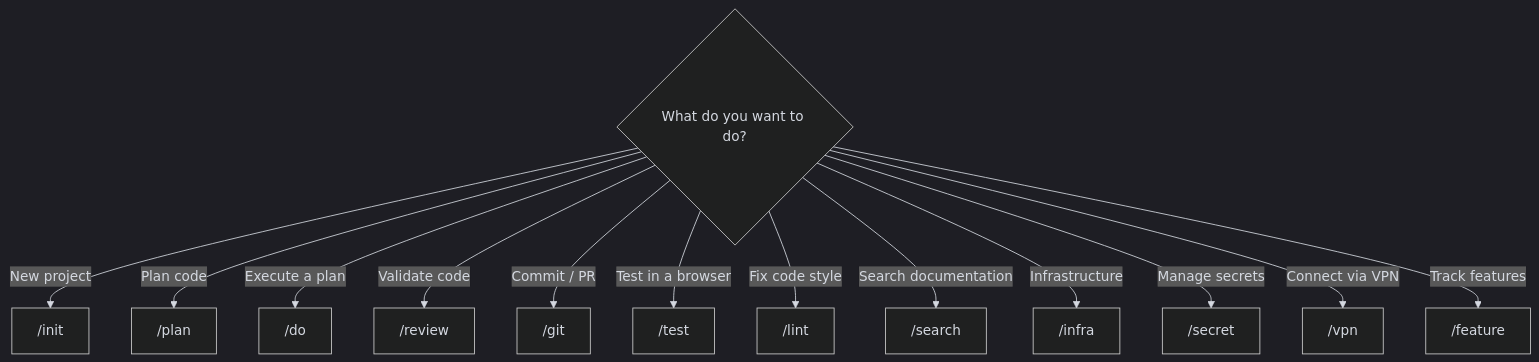
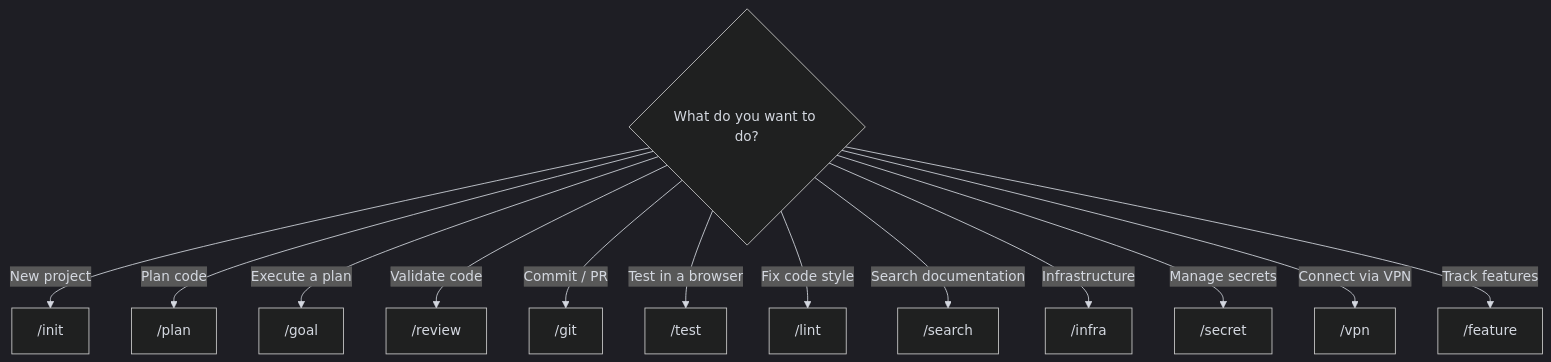
The diagram in docs/commands/README.md (kodflow/devcontainer-template), drawn with Mermaid before and after one commit. The commit also changed other lines of this file and 24 other files, not shown here.

````diff
--- a/docs/commands/README.md
+++ b/docs/commands/README.md
@@ -7,23 +7,23 @@
 ```mermaid
 %%{init: {'theme': 'dark', 'themeVariables': {
   'primaryColor': '#9D76FB1a',
   'primaryBorderColor': '#9D76FB',
   'primaryTextColor': '#d4d8e0',
   'lineColor': '#d4d8e0',
   'textColor': '#d4d8e0'
 }}}%%
 flowchart TD
     Q{What do you want to do?}
     Q -->|New project| A["/init"]
     Q -->|Plan code| B["/plan"]
-    Q -->|Execute a plan| C["/do"]
+    Q -->|Execute a plan| C["/goal"]
     Q -->|Validate code| D["/review"]
     Q -->|Commit / PR| E["/git"]
     Q -->|Test in a browser| F["/test"]
     Q -->|Fix code style| G["/lint"]
     Q -->|Search documentation| H["/search"]
     Q -->|Infrastructure| J["/infra"]
     Q -->|Manage secrets| K["/secret"]
     Q -->|Connect via VPN| L["/vpn"]
     Q -->|Track features| M["/feature"]
 ```
````
